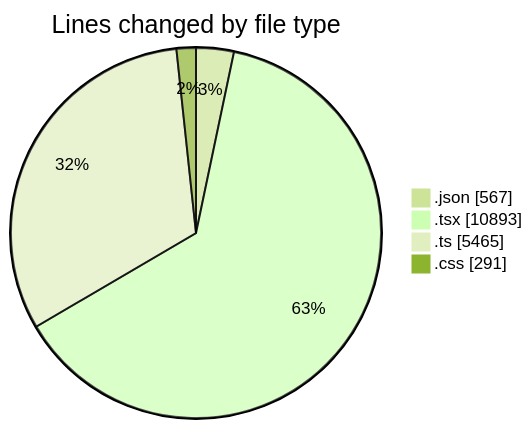
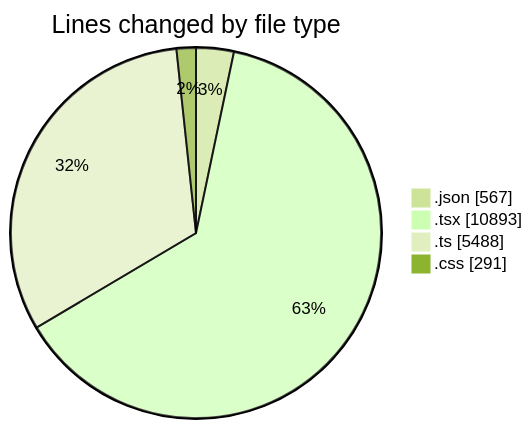
Before and after one commit to julien-gomy/code-tracking: the first of 2 diagrams in 2025-10-07/eventscop-frontend-guide__workspace_/README.md, drawn with Mermaid (forest theme). The commit also changed other lines of this file and 1 other file, not shown here.

````diff
--- a/2025-10-07/eventscop-frontend-guide__workspace_/README.md
+++ b/2025-10-07/eventscop-frontend-guide__workspace_/README.md
@@ -96,8 +96,8 @@
 ```mermaid
 pie showData
 title Lines changed by file type
 ".json" : 567
 ".tsx" : 10893
-".ts" : 5465
+".ts" : 5488
 ".css" : 291
 ```
````
